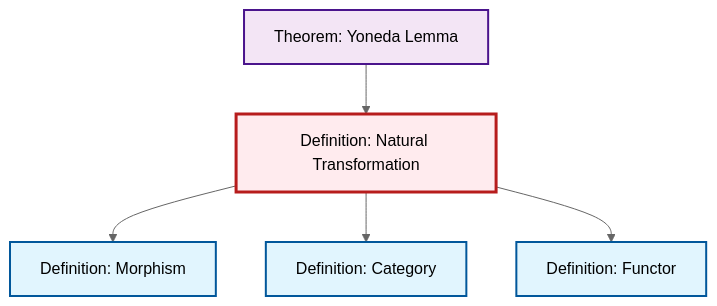
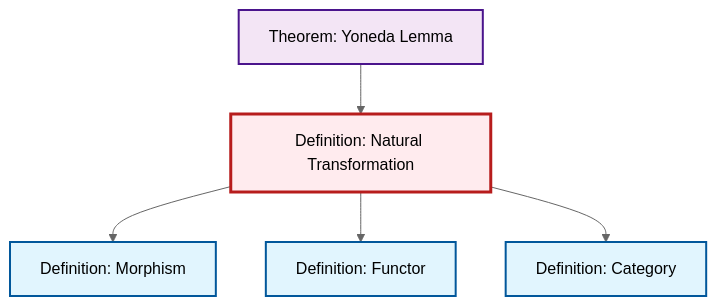
One commit to RK0429/ModernMath changed the diagram in content/en/category-theory/def-natural-transformation.qmd. Above: the diagram before and after it, drawn with Mermaid (neutral theme). The commit also changed other lines of this file and 672 other files, not shown here.

````diff
--- a/content/en/category-theory/def-natural-transformation.qmd
+++ b/content/en/category-theory/def-natural-transformation.qmd
@@ -59,23 +59,23 @@
 ```{mermaid}
 %%| fig-cap: "Local dependency graph"
 graph TD
     classDef definition fill:#e1f5fe,stroke:#01579b,stroke-width:2px
     classDef theorem fill:#f3e5f5,stroke:#4a148c,stroke-width:2px
     classDef axiom fill:#fff3e0,stroke:#e65100,stroke-width:2px
     classDef example fill:#e8f5e9,stroke:#1b5e20,stroke-width:2px
     classDef current fill:#ffebee,stroke:#b71c1c,stroke-width:3px
     def-natural-transformation["Definition: Natural Transformation"]:::definition
+    def-morphism["Definition: Morphism"]:::definition
     thm-yoneda["Theorem: Yoneda Lemma"]:::theorem
     def-category["Definition: Category"]:::definition
     def-functor["Definition: Functor"]:::definition
-    def-morphism["Definition: Morphism"]:::definition
     def-natural-transformation --> def-morphism
     thm-yoneda --> def-natural-transformation
+    def-natural-transformation --> def-functor
     def-natural-transformation --> def-category
-    def-natural-transformation --> def-functor
     class def-natural-transformation current
+    click def-morphism "def-morphism.html" "Go to Morphism definition"
     click thm-yoneda "thm-yoneda.html" "Go to Yoneda Lemma theorem"
     click def-category "def-category.html" "Go to Category definition"
     click def-functor "def-functor.html" "Go to Functor definition"
-    click def-morphism "def-morphism.html" "Go to Morphism definition"
 ```
````
